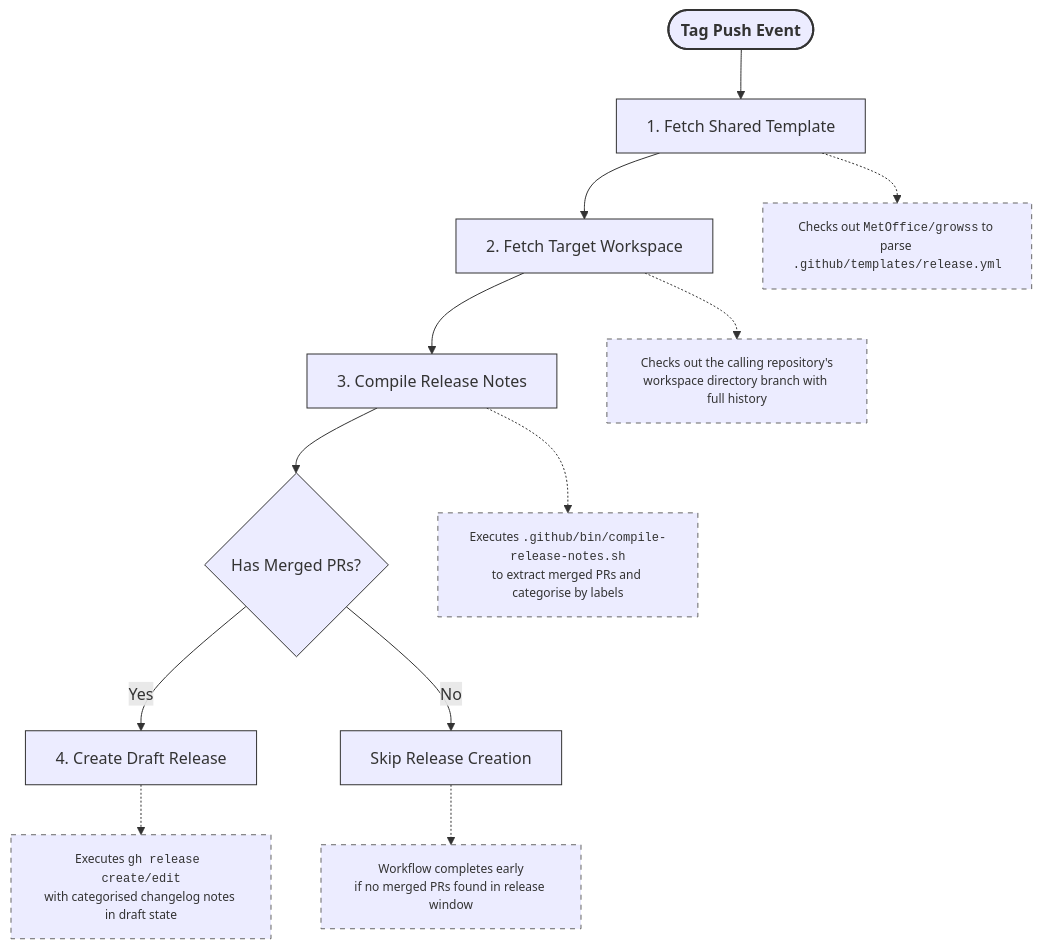
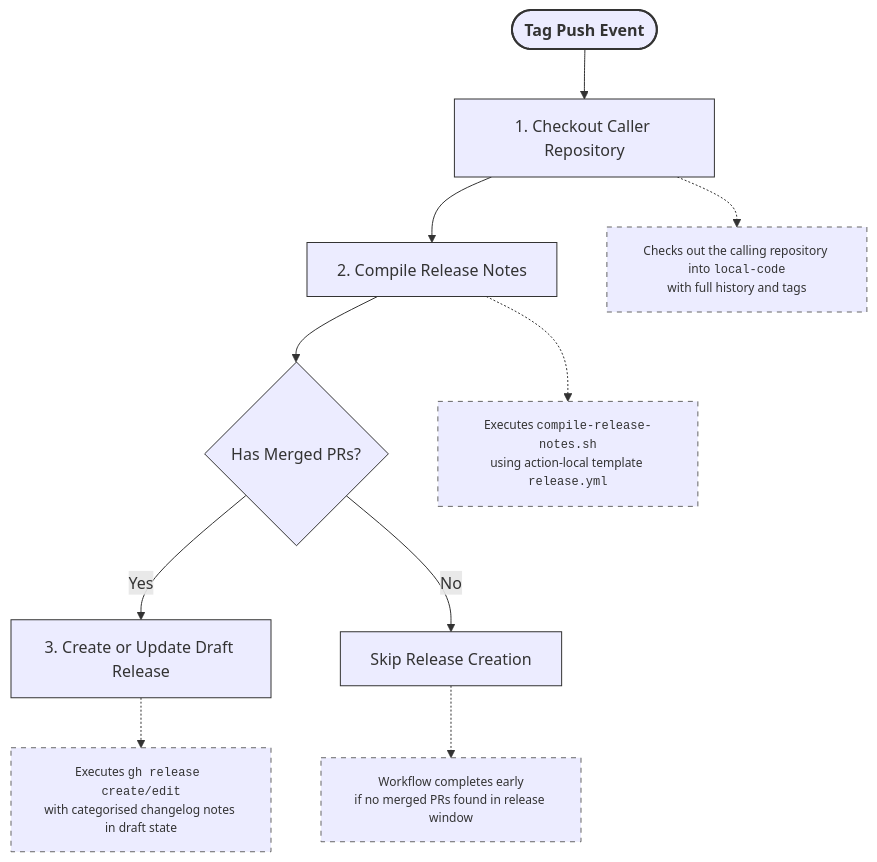
Before and after one commit to MetOffice/growss: the diagram in draft-release/README.md, drawn with Mermaid. The commit also changed other lines of this file and 4 other files, not shown here.

First line of the commit message:
Refactor draft release workflow: Implement shared release engine with categorised changelog generation

````diff
--- a/draft-release/README.md
+++ b/draft-release/README.md
@@ -127,27 +64,25 @@
 ```mermaid
 graph TD
     %% Define Node Styles for Scannability
     classDef trigger style fill:#f9f,stroke:#333,stroke-width:2px,font-weight:bold;
     classDef step style fill:#bbf,stroke:#333,stroke-width:1px;
     classDef desc style fill:#fff,stroke:#666,stroke-width:1px,stroke-dasharray: 5 5,font-size:12px;
 
     %% Workflow Connections
-    Trigger([Tag Push Event]) --> Step1[1. Fetch Shared Template]
-    Step1 --> Step2[2. Fetch Target Workspace]
-    Step2 --> Step3[3. Compile Release Notes]
-    Step3 --> Step4{Has Merged PRs?}
-    Step4 -->|Yes| Step5[4. Create Draft Release]
-    Step4 -->|No| Skip[Skip Release Creation]
+    Trigger([Tag Push Event]) --> Step1[1. Checkout Caller Repository]
+    Step1 --> Step2[2. Compile Release Notes]
+    Step2 --> Step3{Has Merged PRs?}
+    Step3 -->|Yes| Step4[3. Create or Update Draft Release]
+    Step3 -->|No| Skip[Skip Release Creation]
 
     %% Step Explanations (Side-nodes)
-    Step1 -.-> Desc1[Checks out <code>MetOffice/growss</code> to parse <code>.github/templates/release.yml</code>]
-    Step2 -.-> Desc2[Checks out the calling repository's<br>workspace directory branch with full history]
-    Step3 -.-> Desc3[Executes <code>.github/bin/compile-release-notes.sh</code><br>to extract merged PRs and categorise by labels]
-    Step5 -.-> Desc4[Executes <code>gh release create/edit</code><br>with categorised changelog notes in draft state]
-    Skip -.-> Desc5[Workflow completes early<br>if no merged PRs found in release window]
+    Step1 -.-> Desc1[Checks out the calling repository into <code>local-code</code><br>with full history and tags]
+    Step2 -.-> Desc2[Executes <code>compile-release-notes.sh</code><br>using action-local template <code>release.yml</code>]
+    Step4 -.-> Desc3[Executes <code>gh release create/edit</code><br>with categorised changelog notes in draft state]
+    Skip -.-> Desc4[Workflow completes early<br>if no merged PRs found in release window]
 
     %% Assign Classes to Nodes
     class Trigger trigger;
-    class Step1,Step2,Step3,Step4,Step5,Skip step;
-    class Desc1,Desc2,Desc3,Desc4,Desc5 desc;
+    class Step1,Step2,Step3,Step4,Skip step;
+    class Desc1,Desc2,Desc3,Desc4 desc;
 ```
````
